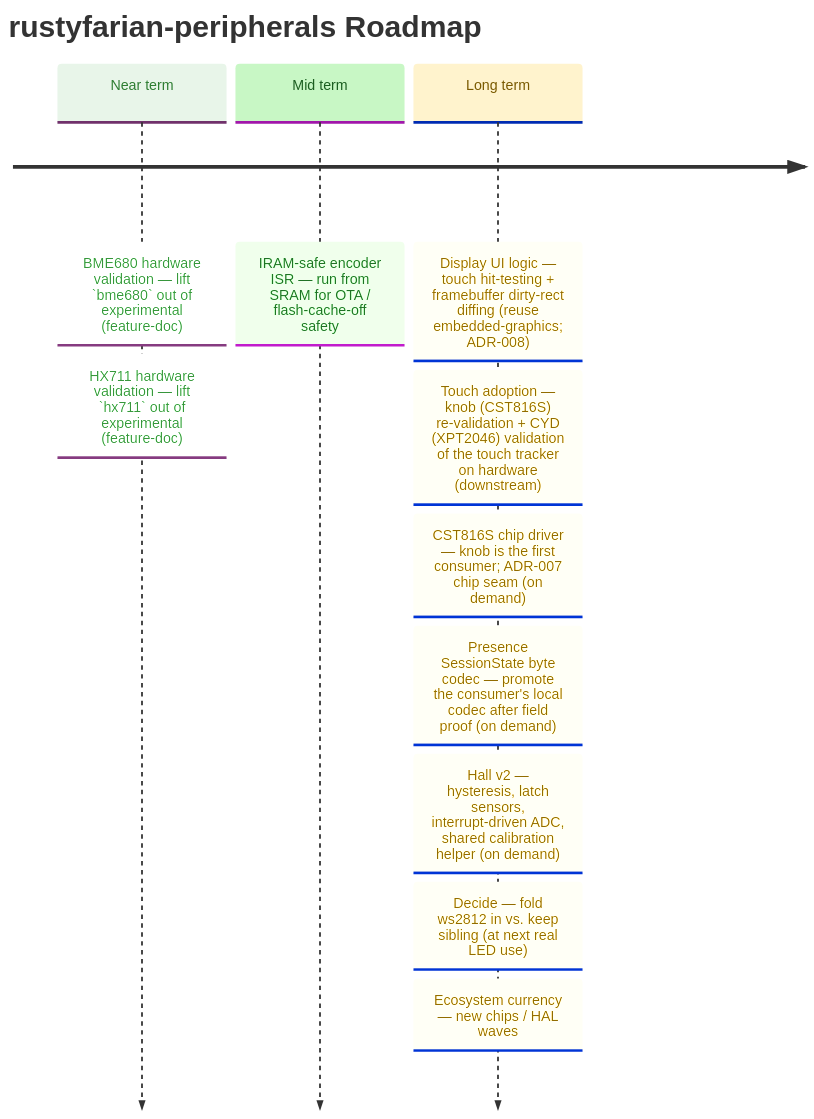
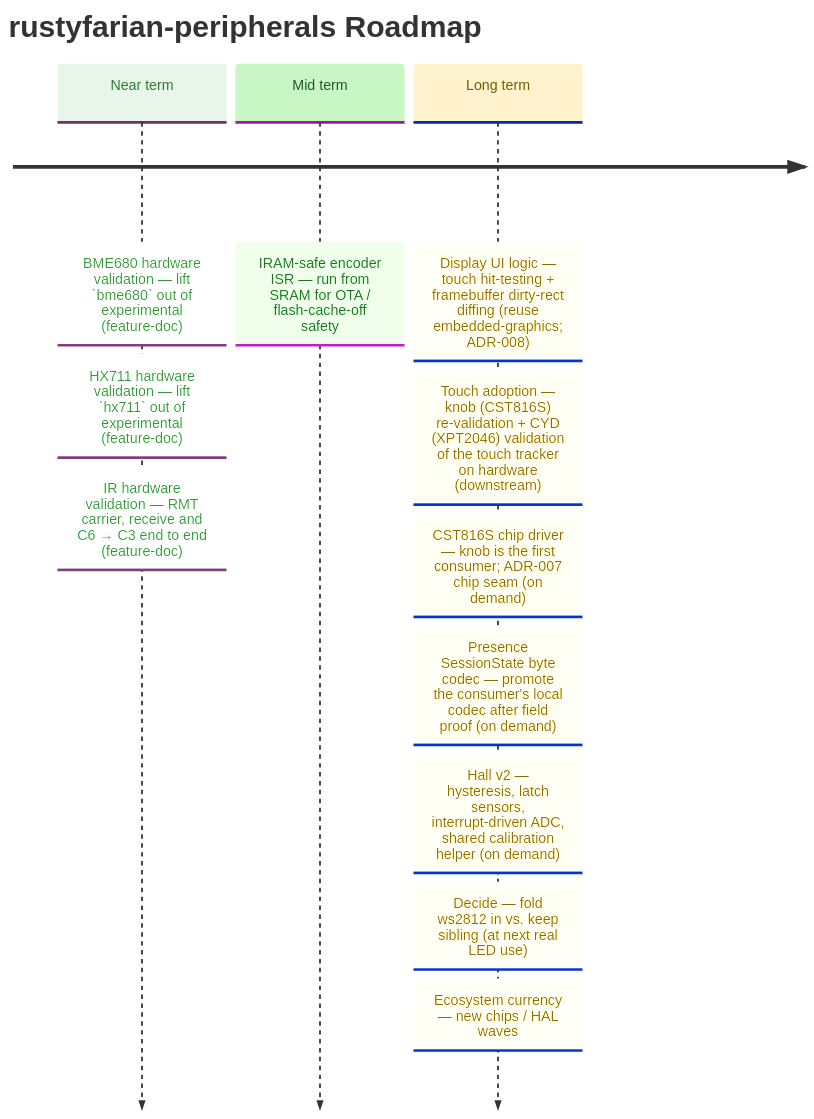
Before and after one commit to datenkollektiv/rustyfarian-peripherals: the diagram in docs/ROADMAP.md, drawn with Mermaid. The commit also changed other lines of this file and 12 other files, not shown here.

````diff
--- a/docs/ROADMAP.md
+++ b/docs/ROADMAP.md
@@ -10,31 +10,32 @@
 ```mermaid
 %%{init: {
   "theme": "base",
   "themeVariables": {
     "cScale0": "#e8f5e9",
     "cScaleLabel0": "#2e7d32",
     "cScale1": "#c8f7c5",
     "cScaleLabel1": "#1b5e20",
     "cScale2": "#fff3cd",
     "cScaleLabel2": "#7a5a00",
     "cScale3": "#e3f2fd",
     "cScaleLabel3": "#0d47a1"
   }
 }}%%
 
 timeline
     title rustyfarian-peripherals Roadmap
 
     Near term : BME680 hardware validation — lift `bme680` out of experimental (feature-doc)
               : HX711 hardware validation — lift `hx711` out of experimental (feature-doc)
+              : IR hardware validation — RMT carrier, receive and C6 → C3 end to end (feature-doc)
 
     Mid term  : IRAM-safe encoder ISR — run from SRAM for OTA / flash-cache-off safety
 
     Long term : Display UI logic — touch hit-testing + framebuffer dirty-rect diffing (reuse embedded-graphics; ADR-008)
               : Touch adoption — knob (CST816S) re-validation + CYD (XPT2046) validation of the touch tracker on hardware (downstream)
               : CST816S chip driver — knob is the first consumer; ADR-007 chip seam (on demand)
               : Presence SessionState byte codec — promote the consumer's local codec after field proof (on demand)
               : Hall v2 — hysteresis, latch sensors, interrupt-driven ADC, shared calibration helper (on demand)
               : Decide — fold ws2812 in vs. keep sibling (at next real LED use)
               : Ecosystem currency — new chips / HAL waves
 ```
````
